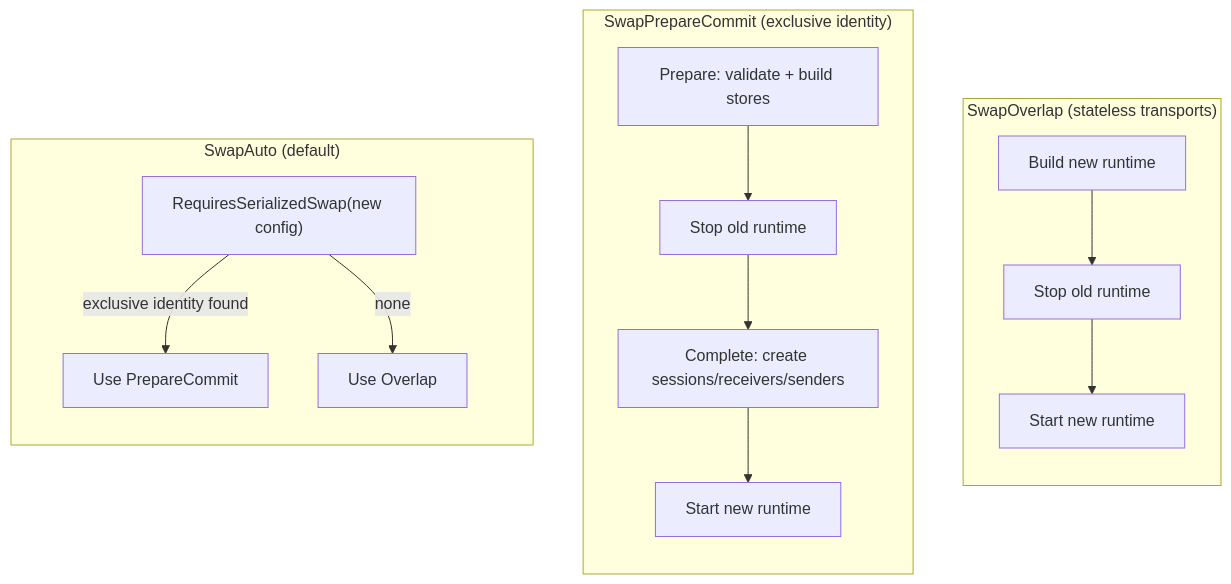
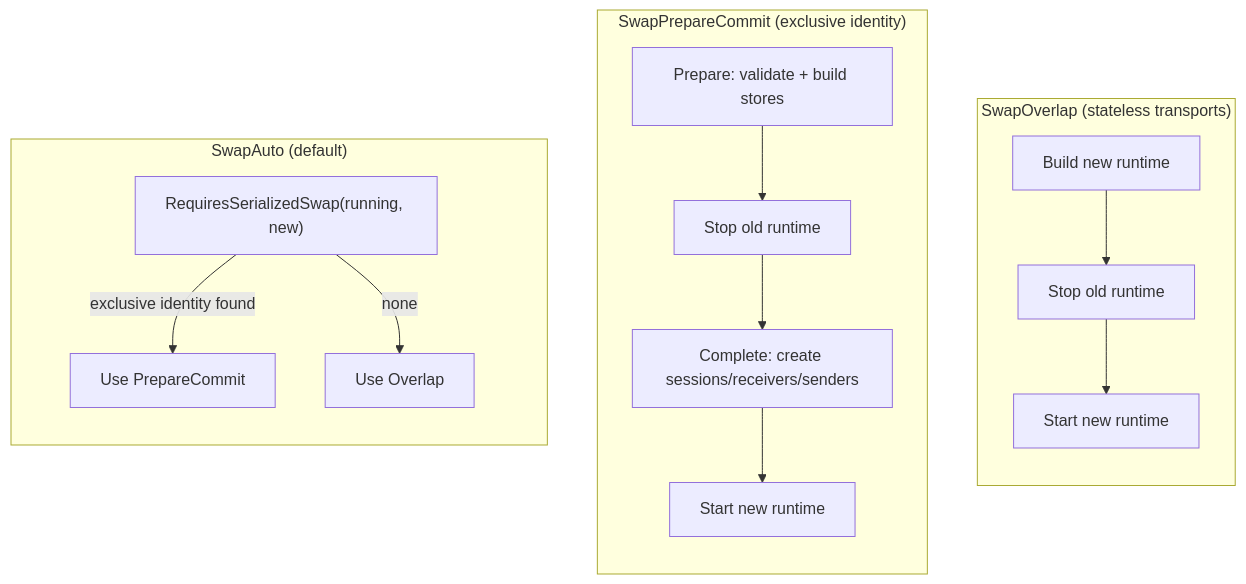
Before and after one commit to mariotoffia/gobridge: the second of 3 diagrams in docs/scenarios/10-dynamic-reconfiguration.md, drawn with Mermaid. The commit also changed other lines of this file and 13 other files, not shown here.

````diff
--- a/docs/scenarios/10-dynamic-reconfiguration.md
+++ b/docs/scenarios/10-dynamic-reconfiguration.md
@@ -203,22 +203,22 @@
 ```mermaid
 flowchart TD
     subgraph SwapOverlap ["SwapOverlap (stateless transports)"]
         direction TB
         O1["Build new runtime"] --> O2["Stop old runtime"]
         O2 --> O3["Start new runtime"]
     end
 
     subgraph SwapPrepareCommit ["SwapPrepareCommit (exclusive identity)"]
         direction TB
         P1["Prepare: validate + build stores"] --> P2["Stop old runtime"]
         P2 --> P3["Complete: create sessions/receivers/senders"]
         P3 --> P4["Start new runtime"]
     end
 
     subgraph SwapAuto ["SwapAuto (default)"]
         direction TB
-        A1["RequiresSerializedSwap(new config)"]
+        A1["RequiresSerializedSwap(running, new)"]
         A1 -->|"exclusive identity found"| A2["Use PrepareCommit"]
         A1 -->|"none"| A3["Use Overlap"]
     end
 ```
````
